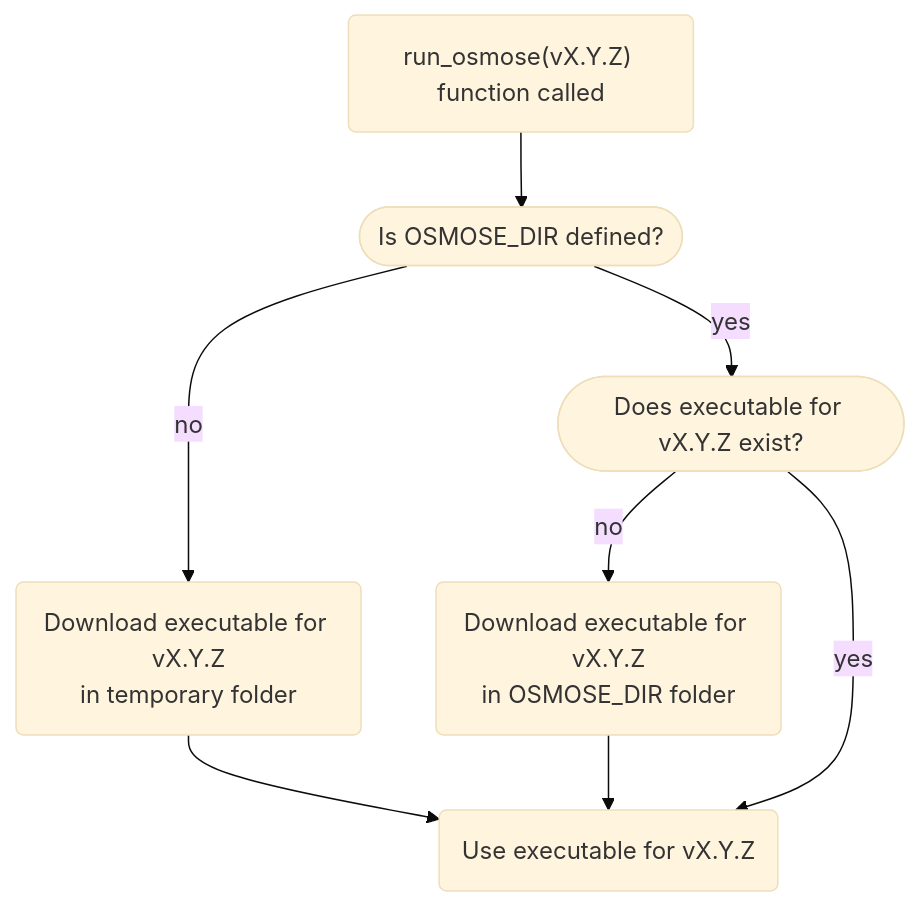
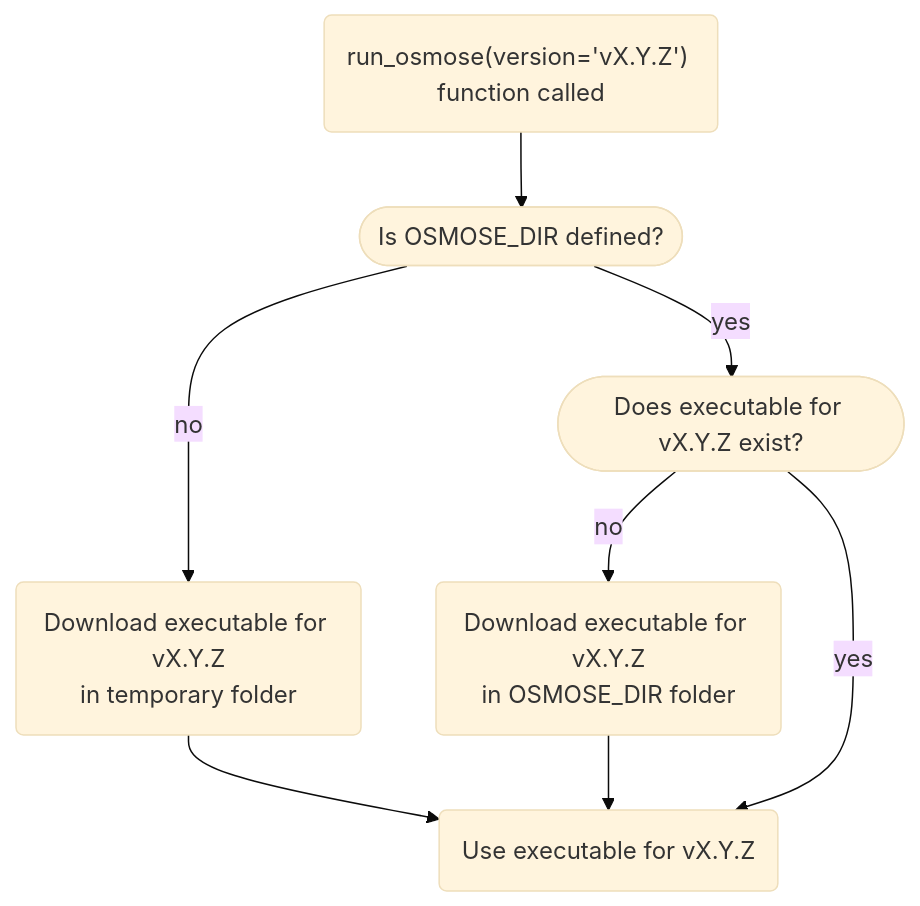
The first of 2 diagrams in doc/astart/download_osm.qmd (osmose-model/osmose), drawn with Mermaid (base theme) before and after one commit. The commit also changed other lines of this file and 1 other file, not shown here.

````diff
--- a/doc/astart/download_osm.qmd
+++ b/doc/astart/download_osm.qmd
@@ -85,22 +62,22 @@
 ```{mermaid}
 %%| label: fig-run-osmose-diagram
 %%| fig-cap: "Process for downloading Osmose Java executable when running Osmose from R"
 %%| fig-align: "center"
 graph TD;
-    id0("run_osmose(vX.Y.Z) function called")
+    id0("run_osmose(version='vX.Y.Z') function called")
     id1([Is OSMOSE_DIR defined?])
     id2("Download executable for vX.Y.Z<br>in temporary folder")
     id3("Download executable for vX.Y.Z<br>in OSMOSE_DIR folder")
 
     id4([Does executable for vX.Y.Z exist?])
     id5(Use executable for vX.Y.Z)
     id0 --> id1
     id1 -->|no| id2
     id1 -->|yes| id4
     id4 -->|no| id3
 
     id3 --> id5
     id2 --> id5
     id4 -->|yes| id5
 
 ```
````
